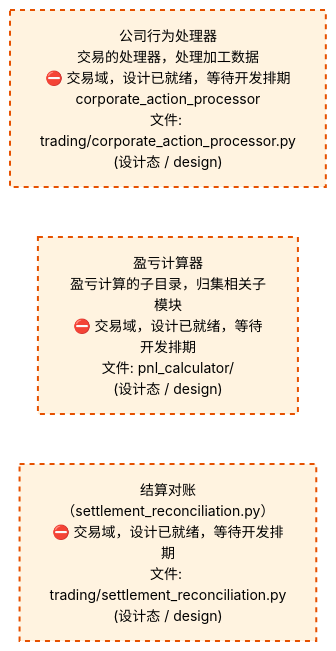
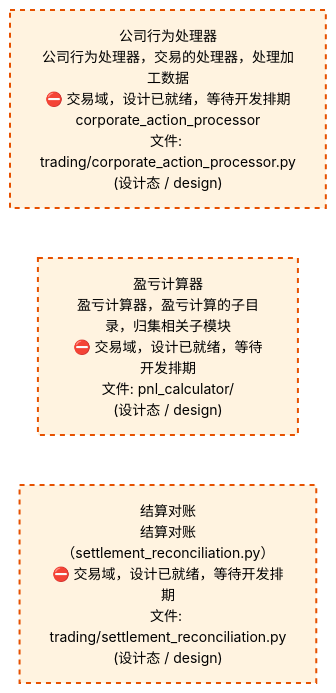
Before and after one commit to xuanFelixVan/ZephyrAlpha: the third of 4 diagrams in docs/02_enterprise_architecture/02_domain_architecture_docs/72_d_trading.md, drawn with Mermaid. The commit also changed other lines of this file and 63 other files, not shown here.

````diff
--- a/docs/02_enterprise_architecture/02_domain_architecture_docs/72_d_trading.md
+++ b/docs/02_enterprise_architecture/02_domain_architecture_docs/72_d_trading.md
@@ -298,14 +298,14 @@
 ```mermaid
 %%{init: {'theme': 'base', 'themeVariables': {'primaryColor': '#eaeaea', 'primaryTextColor': '#333333', 'primaryBorderColor': '#666666', 'lineColor': '#666666', 'secondaryColor': '#eaeaea', 'tertiaryColor': '#eaeaea', 'fontSize': '14px'}}}%%
 flowchart TD
-    src_zephyr_trading_corporate_action_processor_py["公司行为处理器<br/>交易的处理器，处理加工数据<br/>⛔ 交易域，设计已就绪，等待开发排期<br/>corporate_action_processor<br/>文件: trading/corporate_action_processor.py<br/>(设计态 / design)"]
-    src_zephyr_trading_pnl_calculator["盈亏计算器<br/>盈亏计算的子目录，归集相关子模块<br/>⛔ 交易域，设计已就绪，等待开发排期<br/>文件: pnl_calculator/<br/>(设计态 / design)"]
-    src_zephyr_trading_settlement_reconciliation_py["结算对账<br/>（settlement_reconciliation.py）<br/>⛔ 交易域，设计已就绪，等待开发排期<br/>文件: trading/settlement_reconciliation.py<br/>(设计态 / design)"]
+    src_zephyr_trading_corporate_action_processor_py["公司行为处理器<br/>公司行为处理器，交易的处理器，处理加工数据<br/>⛔ 交易域，设计已就绪，等待开发排期<br/>corporate_action_processor<br/>文件: trading/corporate_action_processor.py<br/>(设计态 / design)"]
+    src_zephyr_trading_pnl_calculator["盈亏计算器<br/>盈亏计算器，盈亏计算的子目录，归集相关子模块<br/>⛔ 交易域，设计已就绪，等待开发排期<br/>文件: pnl_calculator/<br/>(设计态 / design)"]
+    src_zephyr_trading_settlement_reconciliation_py["结算对账<br/>结算对账（settlement_reconciliation.py）<br/>⛔ 交易域，设计已就绪，等待开发排期<br/>文件: trading/settlement_reconciliation.py<br/>(设计态 / design)"]
     src_zephyr_trading_corporate_action_processor_py ~~~ src_zephyr_trading_pnl_calculator
     src_zephyr_trading_pnl_calculator ~~~ src_zephyr_trading_settlement_reconciliation_py
     classDef production fill:#e1f5fe,stroke:#01579b,stroke-width:2px,color:#000
     classDef design fill:#fff3e0,stroke:#e65100,stroke-width:2px,color:#000,stroke-dasharray: 5 5
     classDef external_prod fill:#e8f4fd,stroke:#0277bd,stroke-width:1px,color:#000
     classDef external_design fill:#fff8e7,stroke:#ef6c00,stroke-width:1px,color:#000,stroke-dasharray: 5 5
     class src_zephyr_trading_corporate_action_processor_py,src_zephyr_trading_pnl_calculator,src_zephyr_trading_settlement_reconciliation_py design
 ```
````
